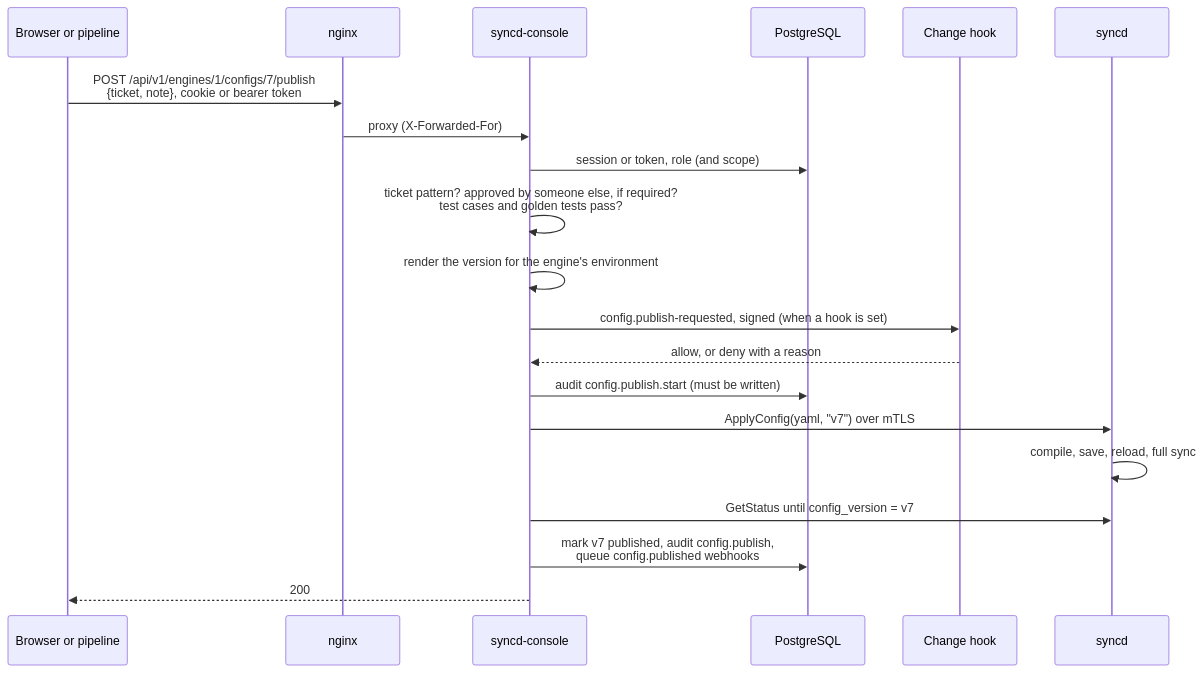
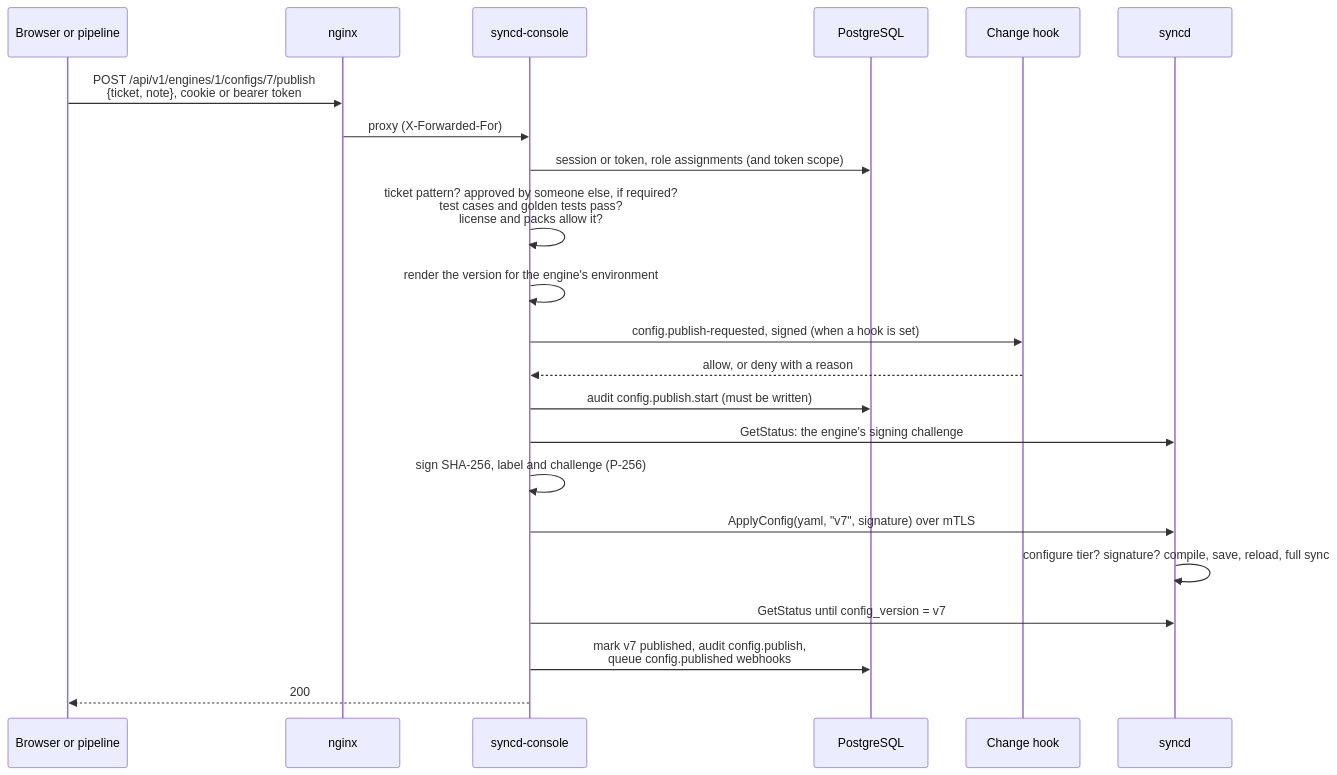
One commit to winllc/ens-apps-documentation changed the sixth of 8 diagrams in docs/syncd/architecture.md. Above: the diagram before and after it, drawn with Mermaid. The commit also changed other lines of this file and 4 other files, not shown here.

First line of the commit message:
syncd 0.5.0: install, sizing and availability, architecture

````diff
--- a/docs/syncd/architecture.md
+++ b/docs/syncd/architecture.md
@@ -560,23 +662,25 @@
 ```mermaid
 sequenceDiagram
     participant B as Browser or pipeline
     participant N as nginx
     participant C as syncd-console
     participant P as PostgreSQL
     participant H as Change hook
     participant E as syncd
 
     B->>N: POST /api/v1/engines/1/configs/7/publish<br/>{ticket, note}, cookie or bearer token
     N->>C: proxy (X-Forwarded-For)
-    C->>P: session or token, role (and scope)
-    C->>C: ticket pattern? approved by someone else, if required?<br/>test cases and golden tests pass?
+    C->>P: session or token, role assignments (and token scope)
+    C->>C: ticket pattern? approved by someone else, if required?<br/>test cases and golden tests pass?<br/>license and packs allow it?
     C->>C: render the version for the engine's environment
     C->>H: config.publish-requested, signed (when a hook is set)
     H-->>C: allow, or deny with a reason
     C->>P: audit config.publish.start (must be written)
-    C->>E: ApplyConfig(yaml, "v7") over mTLS
-    E->>E: compile, save, reload, full sync
+    C->>E: GetStatus: the engine's signing challenge
+    C->>C: sign SHA-256, label and challenge (P-256)
+    C->>E: ApplyConfig(yaml, "v7", signature) over mTLS
+    E->>E: configure tier? signature? compile, save, reload, full sync
     C->>E: GetStatus until config_version = v7
     C->>P: mark v7 published, audit config.publish,<br/>queue config.published webhooks
     C-->>B: 200
 ```
````
